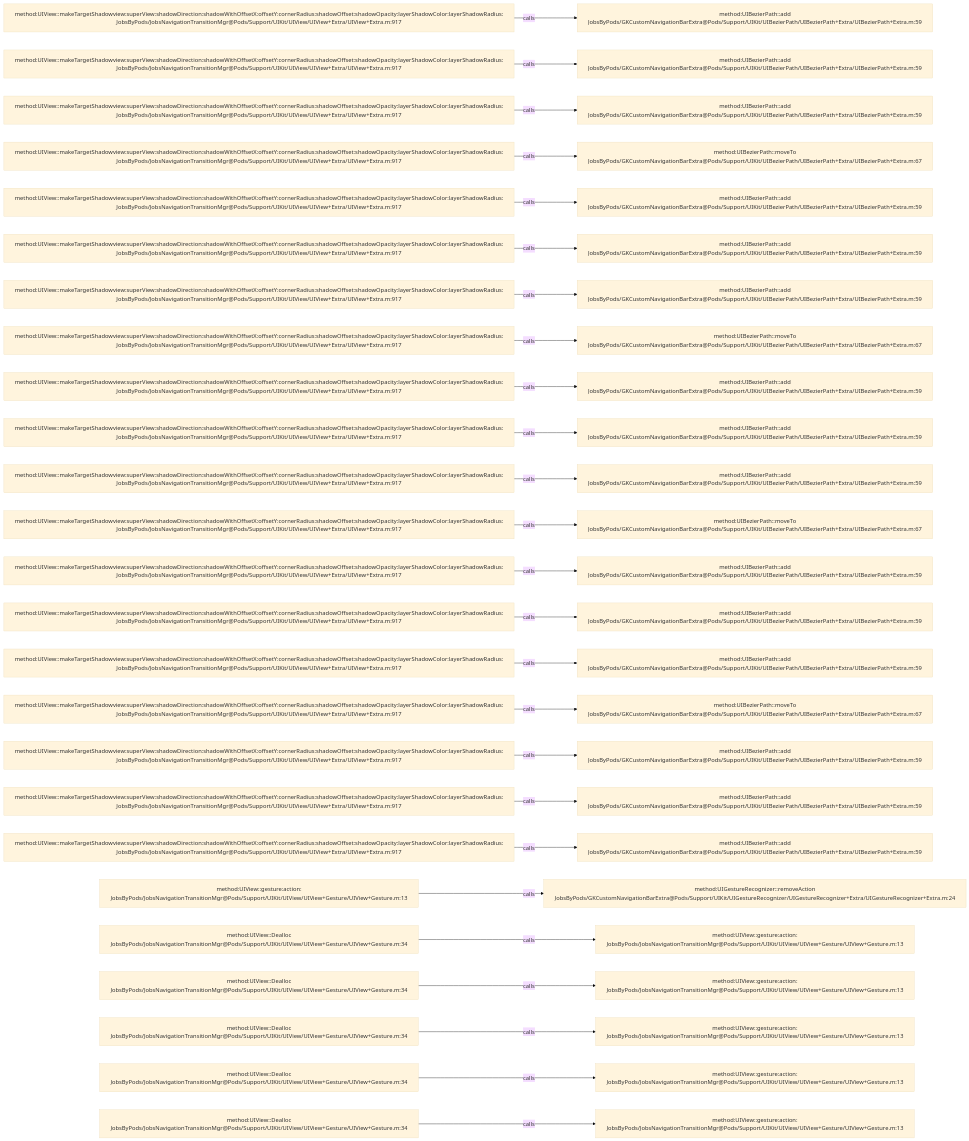
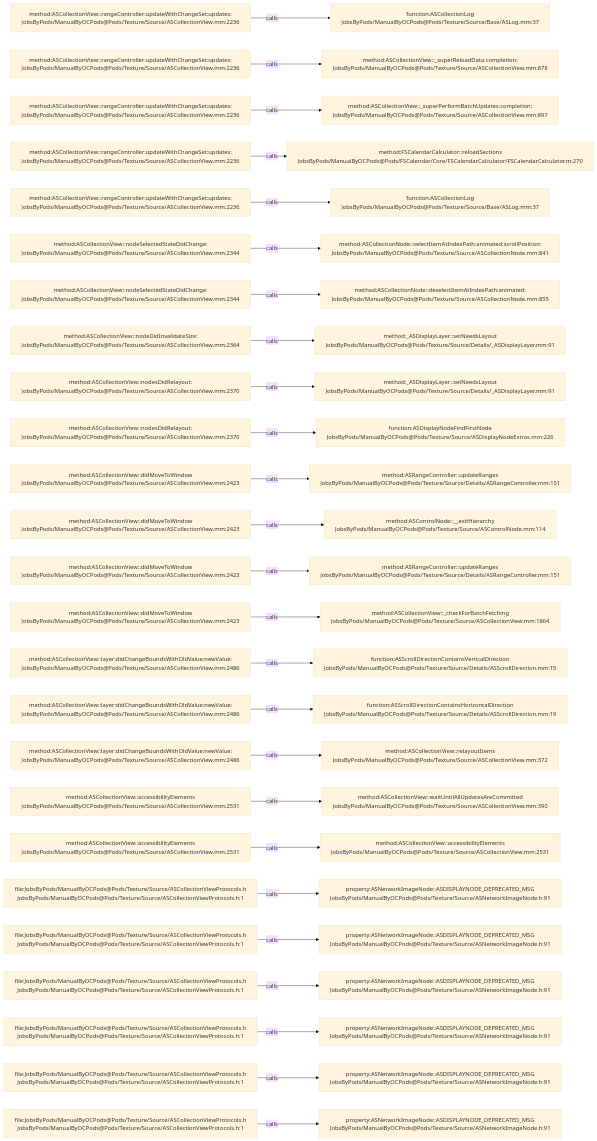
The diagram in .codegraph/codegraph.md/graphs/calls-092.md (JobsKits/JobsOCBaseConfigDemo), drawn with Mermaid (base theme) before and after one commit. The commit also changed 2162 other files, not shown here.

````diff
--- a/.codegraph/codegraph.md/graphs/calls-092.md
+++ b/.codegraph/codegraph.md/graphs/calls-092.md
@@ -13,78 +13,78 @@
 ```mermaid
 flowchart LR
-  S1["method:UIView::makeTargetShadowview:superView:shadowDirection:shadowWithOffsetX:offsetY:cornerRadius:shadowOffset:shadowOpacity:layerShadowColor:layerShadowRadius:<br/>JobsByPods/JobsNavigationTransitionMgr@Pods/Support/UIKit/UIView/UIView+Extra/UIView+Extra.m:917"]
-  T1["method:UIBezierPath::add<br/>JobsByPods/GKCustomNavigationBarExtra@Pods/Support/UIKit/UIBezierPath/UIBezierPath+Extra/UIBezierPath+Extra.m:59"]
+  S1["method:ASCollectionView::rangeController:updateWithChangeSet:updates:<br/>JobsByPods/ManualByOCPods@Pods/Texture/Source/ASCollectionView.mm:2236"]
+  T1["function:ASCollectionLog<br/>JobsByPods/ManualByOCPods@Pods/Texture/Source/Base/ASLog.mm:37"]
   S1 -->|calls| T1
-  S2["method:UIView::makeTargetShadowview:superView:shadowDirection:shadowWithOffsetX:offsetY:cornerRadius:shadowOffset:shadowOpacity:layerShadowColor:layerShadowRadius:<br/>JobsByPods/JobsNavigationTransitionMgr@Pods/Support/UIKit/UIView/UIView+Extra/UIView+Extra.m:917"]
-  T2["method:UIBezierPath::add<br/>JobsByPods/GKCustomNavigationBarExtra@Pods/Support/UIKit/UIBezierPath/UIBezierPath+Extra/UIBezierPath+Extra.m:59"]
+  S2["method:ASCollectionView::rangeController:updateWithChangeSet:updates:<br/>JobsByPods/ManualByOCPods@Pods/Texture/Source/ASCollectionView.mm:2236"]
+  T2["method:ASCollectionView::_superReloadData:completion:<br/>JobsByPods/ManualByOCPods@Pods/Texture/Source/ASCollectionView.mm:878"]
   S2 -->|calls| T2
-  S3["method:UIView::makeTargetShadowview:superView:shadowDirection:shadowWithOffsetX:offsetY:cornerRadius:shadowOffset:shadowOpacity:layerShadowColor:layerShadowRadius:<br/>JobsByPods/JobsNavigationTransitionMgr@Pods/Support/UIKit/UIView/UIView+Extra/UIView+Extra.m:917"]
-  T3["method:UIBezierPath::add<br/>JobsByPods/GKCustomNavigationBarExtra@Pods/Support/UIKit/UIBezierPath/UIBezierPath+Extra/UIBezierPath+Extra.m:59"]
+  S3["method:ASCollectionView::rangeController:updateWithChangeSet:updates:<br/>JobsByPods/ManualByOCPods@Pods/Texture/Source/ASCollectionView.mm:2236"]
+  T3["method:ASCollectionView::_superPerformBatchUpdates:completion:<br/>JobsByPods/ManualByOCPods@Pods/Texture/Source/ASCollectionView.mm:897"]
   S3 -->|calls| T3
-  S4["method:UIView::makeTargetShadowview:superView:shadowDirection:shadowWithOffsetX:offsetY:cornerRadius:shadowOffset:shadowOpacity:layerShadowColor:layerShadowRadius:<br/>JobsByPods/JobsNavigationTransitionMgr@Pods/Support/UIKit/UIView/UIView+Extra/UIView+Extra.m:917"]
-  T4["method:UIBezierPath::moveTo<br/>JobsByPods/GKCustomNavigationBarExtra@Pods/Support/UIKit/UIBezierPath/UIBezierPath+Extra/UIBezierPath+Extra.m:67"]
+  S4["method:ASCollectionView::rangeController:updateWithChangeSet:updates:<br/>JobsByPods/ManualByOCPods@Pods/Texture/Source/ASCollectionView.mm:2236"]
+  T4["method:FSCalendarCalculator::reloadSections<br/>JobsByPods/ManualByOCPods@Pods/FSCalendar/Core/FSCalendarCalculator/FSCalendarCalculator.m:270"]
   S4 -->|calls| T4
-  S5["method:UIView::makeTargetShadowview:superView:shadowDirection:shadowWithOffsetX:offsetY:cornerRadius:shadowOffset:shadowOpacity:layerShadowColor:layerShadowRadius:<br/>JobsByPods/JobsNavigationTransitionMgr@Pods/Support/UIKit/UIView/UIView+Extra/UIView+Extra.m:917"]
-  T5["method:UIBezierPath::add<br/>JobsByPods/GKCustomNavigationBarExtra@Pods/Support/UIKit/UIBezierPath/UIBezierPath+Extra/UIBezierPath+Extra.m:59"]
+  S5["method:ASCollectionView::rangeController:updateWithChangeSet:updates:<br/>JobsByPods/ManualByOCPods@Pods/Texture/Source/ASCollectionView.mm:2236"]
+  T5["function:ASCollectionLog<br/>JobsByPods/ManualByOCPods@Pods/Texture/Source/Base/ASLog.mm:37"]
   S5 -->|calls| T5
-  S6["method:UIView::makeTargetShadowview:superView:shadowDirection:shadowWithOffsetX:offsetY:cornerRadius:shadowOffset:shadowOpacity:layerShadowColor:layerShadowRadius:<br/>JobsByPods/JobsNavigationTransitionMgr@Pods/Support/UIKit/UIView/UIView+Extra/UIView+Extra.m:917"]
-  T6["method:UIBezierPath::add<br/>JobsByPods/GKCustomNavigationBarExtra@Pods/Support/UIKit/UIBezierPath/UIBezierPath+Extra/UIBezierPath+Extra.m:59"]
+  S6["method:ASCollectionView::nodeSelectedStateDidChange:<br/>JobsByPods/ManualByOCPods@Pods/Texture/Source/ASCollectionView.mm:2344"]
+  T6["method:ASCollectionNode::selectItemAtIndexPath:animated:scrollPosition:<br/>JobsByPods/ManualByOCPods@Pods/Texture/Source/ASCollectionNode.mm:841"]
   S6 -->|calls| T6
-  S7["method:UIView::makeTargetShadowview:superView:shadowDirection:shadowWithOffsetX:offsetY:cornerRadius:shadowOffset:shadowOpacity:layerShadowColor:layerShadowRadius:<br/>JobsByPods/JobsNavigationTransitionMgr@Pods/Support/UIKit/UIView/UIView+Extra/UIView+Extra.m:917"]
-  T7["method:UIBezierPath::add<br/>JobsByPods/GKCustomNavigationBarExtra@Pods/Support/UIKit/UIBezierPath/UIBezierPath+Extra/UIBezierPath+Extra.m:59"]
+  S7["method:ASCollectionView::nodeSelectedStateDidChange:<br/>JobsByPods/ManualByOCPods@Pods/Texture/Source/ASCollectionView.mm:2344"]
+  T7["method:ASCollectionNode::deselectItemAtIndexPath:animated:<br/>JobsByPods/ManualByOCPods@Pods/Texture/Source/ASCollectionNode.mm:855"]
   S7 -->|calls| T7
-  S8["method:UIView::makeTargetShadowview:superView:shadowDirection:shadowWithOffsetX:offsetY:cornerRadius:shadowOffset:shadowOpacity:layerShadowColor:layerShadowRadius:<br/>JobsByPods/JobsNavigationTransitionMgr@Pods/Support/UIKit/UIView/UIView+Extra/UIView+Extra.m:917"]
-  T8["method:UIBezierPath::moveTo<br/>JobsByPods/GKCustomNavigationBarExtra@Pods/Support/UIKit/UIBezierPath/UIBezierPath+Extra/UIBezierPath+Extra.m:67"]
+  S8["method:ASCollectionView::nodeDidInvalidateSize:<br/>JobsByPods/ManualByOCPods@Pods/Texture/Source/ASCollectionView.mm:2364"]
+  T8["method:_ASDisplayLayer::setNeedsLayout<br/>JobsByPods/ManualByOCPods@Pods/Texture/Source/Details/_ASDisplayLayer.mm:91"]
   S8 -->|calls| T8
-  S9["method:UIView::makeTargetShadowview:superView:shadowDirection:shadowWithOffsetX:offsetY:cornerRadius:shadowOffset:shadowOpacity:layerShadowColor:layerShadowRadius:<br/>JobsByPods/JobsNavigationTransitionMgr@Pods/Support/UIKit/UIView/UIView+Extra/UIView+Extra.m:917"]
-  T9["method:UIBezierPath::add<br/>JobsByPods/GKCustomNavigationBarExtra@Pods/Support/UIKit/UIBezierPath/UIBezierPath+Extra/UIBezierPath+Extra.m:59"]
+  S9["method:ASCollectionView::nodesDidRelayout:<br/>JobsByPods/ManualByOCPods@Pods/Texture/Source/ASCollectionView.mm:2370"]
+  T9["method:_ASDisplayLayer::setNeedsLayout<br/>JobsByPods/ManualByOCPods@Pods/Texture/Source/Details/_ASDisplayLayer.mm:91"]
   S9 -->|calls| T9
-  S10["method:UIView::makeTargetShadowview:superView:shadowDirection:shadowWithOffsetX:offsetY:cornerRadius:shadowOffset:shadowOpacity:layerShadowColor:layerShadowRadius:<br/>JobsByPods/JobsNavigationTransitionMgr@Pods/Support/UIKit/UIView/UIView+Extra/UIView+Extra.m:917"]
-  T10["method:UIBezierPath::add<br/>JobsByPods/GKCustomNavigationBarExtra@Pods/Support/UIKit/UIBezierPath/UIBezierPath+Extra/UIBezierPath+Extra.m:59"]
+  S10["method:ASCollectionView::nodesDidRelayout:<br/>JobsByPods/ManualByOCPods@Pods/Texture/Source/ASCollectionView.mm:2370"]
+  T10["function:ASDisplayNodeFindFirstNode<br/>JobsByPods/ManualByOCPods@Pods/Texture/Source/ASDisplayNodeExtras.mm:226"]
   S10 -->|calls| T10
-  S11["method:UIView::makeTargetShadowview:superView:shadowDirection:shadowWithOffsetX:offsetY:cornerRadius:shadowOffset:shadowOpacity:layerShadowColor:layerShadowRadius:<br/>JobsByPods/JobsNavigationTransitionMgr@Pods/Support/UIKit/UIView/UIView+Extra/UIView+Extra.m:917"]
-  T11["method:UIBezierPath::add<br/>JobsByPods/GKCustomNavigationBarExtra@Pods/Support/UIKit/UIBezierPath/UIBezierPath+Extra/UIBezierPath+Extra.m:59"]
+  S11["method:ASCollectionView::didMoveToWindow<br/>JobsByPods/ManualByOCPods@Pods/Texture/Source/ASCollectionView.mm:2423"]
+  T11["method:ASRangeController::updateRanges<br/>JobsByPods/ManualByOCPods@Pods/Texture/Source/Details/ASRangeController.mm:151"]
   S11 -->|calls| T11
-  S12["method:UIView::makeTargetShadowview:superView:shadowDirection:shadowWithOffsetX:offsetY:cornerRadius:shadowOffset:shadowOpacity:layerShadowColor:layerShadowRadius:<br/>JobsByPods/JobsNavigationTransitionMgr@Pods/Support/UIKit/UIView/UIView+Extra/UIView+Extra.m:917"]
-  T12["method:UIBezierPath::moveTo<br/>JobsByPods/GKCustomNavigationBarExtra@Pods/Support/UIKit/UIBezierPath/UIBezierPath+Extra/UIBezierPath+Extra.m:67"]
+  S12["method:ASCollectionView::didMoveToWindow<br/>JobsByPods/ManualByOCPods@Pods/Texture/Source/ASCollectionView.mm:2423"]
+  T12["method:ASControlNode::__exitHierarchy<br/>JobsByPods/ManualByOCPods@Pods/Texture/Source/ASControlNode.mm:114"]
   S12 -->|calls| T12
-  S13["method:UIView::makeTargetShadowview:superView:shadowDirection:shadowWithOffsetX:offsetY:cornerRadius:shadowOffset:shadowOpacity:layerShadowColor:layerShadowRadius:<br/>JobsByPods/JobsNavigationTransitionMgr@Pods/Support/UIKit/UIView/UIView+Extra/UIView+Extra.m:917"]
-  T13["method:UIBezierPath::add<br/>JobsByPods/GKCustomNavigationBarExtra@Pods/Support/UIKit/UIBezierPath/UIBezierPath+Extra/UIBezierPath+Extra.m:59"]
+  S13["method:ASCollectionView::didMoveToWindow<br/>JobsByPods/ManualByOCPods@Pods/Texture/Source/ASCollectionView.mm:2423"]
+  T13["method:ASRangeController::updateRanges<br/>JobsByPods/ManualByOCPods@Pods/Texture/Source/Details/ASRangeController.mm:151"]
   S13 -->|calls| T13
-  S14["method:UIView::makeTargetShadowview:superView:shadowDirection:shadowWithOffsetX:offsetY:cornerRadius:shadowOffset:shadowOpacity:layerShadowColor:layerShadowRadius:<br/>JobsByPods/JobsNavigationTransitionMgr@Pods/Support/UIKit/UIView/UIView+Extra/UIView+Extra.m:917"]
-  T14["method:UIBezierPath::add<br/>JobsByPods/GKCustomNavigationBarExtra@Pods/Support/UIKit/UIBezierPath/UIBezierPath+Extra/UIBezierPath+Extra.m:59"]
+  S14["method:ASCollectionView::didMoveToWindow<br/>JobsByPods/ManualByOCPods@Pods/Texture/Source/ASCollectionView.mm:2423"]
+  T14["method:ASCollectionView::_checkForBatchFetching<br/>JobsByPods/ManualByOCPods@Pods/Texture/Source/ASCollectionView.mm:1864"]
   S14 -->|calls| T14
-  S15["method:UIView::makeTargetShadowview:superView:shadowDirection:shadowWithOffsetX:offsetY:cornerRadius:shadowOffset:shadowOpacity:layerShadowColor:layerShadowRadius:<br/>JobsByPods/JobsNavigationTransitionMgr@Pods/Support/UIKit/UIView/UIView+Extra/UIView+Extra.m:917"]
-  T15["method:UIBezierPath::add<br/>JobsByPods/GKCustomNavigationBarExtra@Pods/Support/UIKit/UIBezierPath/UIBezierPath+Extra/UIBezierPath+Extra.m:59"]
+  S15["method:ASCollectionView::layer:didChangeBoundsWithOldValue:newValue:<br/>JobsByPods/ManualByOCPods@Pods/Texture/Source/ASCollectionView.mm:2486"]
+  T15["function:ASScrollDirectionContainsVerticalDirection<br/>JobsByPods/ManualByOCPods@Pods/Texture/Source/Details/ASScrollDirection.mm:15"]
   S15 -->|calls| T15
-  S16["method:UIView::makeTargetShadowview:superView:shadowDirection:shadowWithOffsetX:offsetY:cornerRadius:shadowOffset:shadowOpacity:layerShadowColor:layerShadowRadius:<br/>JobsByPods/JobsNavigationTransitionMgr@Pods/Support/UIKit/UIView/UIView+Extra/UIView+Extra.m:917"]
-  T16["method:UIBezierPath::moveTo<br/>JobsByPods/GKCustomNavigationBarExtra@Pods/Support/UIKit/UIBezierPath/UIBezierPath+Extra/UIBezierPath+Extra.m:67"]
+  S16["method:ASCollectionView::layer:didChangeBoundsWithOldValue:newValue:<br/>JobsByPods/ManualByOCPods@Pods/Texture/Source/ASCollectionView.mm:2486"]
+  T16["function:ASScrollDirectionContainsHorizontalDirection<br/>JobsByPods/ManualByOCPods@Pods/Texture/Source/Details/ASScrollDirection.mm:19"]
   S16 -->|calls| T16
-  S17["method:UIView::makeTargetShadowview:superView:shadowDirection:shadowWithOffsetX:offsetY:cornerRadius:shadowOffset:shadowOpacity:layerShadowColor:layerShadowRadius:<br/>JobsByPods/JobsNavigationTransitionMgr@Pods/Support/UIKit/UIView/UIView+Extra/UIView+Extra.m:917"]
-  T17["method:UIBezierPath::add<br/>JobsByPods/GKCustomNavigationBarExtra@Pods/Support/UIKit/UIBezierPath/UIBezierPath+Extra/UIBezierPath+Extra.m:59"]
+  S17["method:ASCollectionView::layer:didChangeBoundsWithOldValue:newValue:<br/>JobsByPods/ManualByOCPods@Pods/Texture/Source/ASCollectionView.mm:2486"]
+  T17["method:ASCollectionView::relayoutItems<br/>JobsByPods/ManualByOCPods@Pods/Texture/Source/ASCollectionView.mm:372"]
   S17 -->|calls| T17
-  S18["method:UIView::makeTargetShadowview:superView:shadowDirection:shadowWithOffsetX:offsetY:cornerRadius:shadowOffset:shadowOpacity:layerShadowColor:layerShadowRadius:<br/>JobsByPods/JobsNavigationTransitionMgr@Pods/Support/UIKit/UIView/UIView+Extra/UIView+Extra.m:917"]
-  T18["method:UIBezierPath::add<br/>JobsByPods/GKCustomNavigationBarExtra@Pods/Support/UIKit/UIBezierPath/UIBezierPath+Extra/UIBezierPath+Extra.m:59"]
+  S18["method:ASCollectionView::accessibilityElements<br/>JobsByPods/ManualByOCPods@Pods/Texture/Source/ASCollectionView.mm:2531"]
+  T18["method:ASCollectionView::waitUntilAllUpdatesAreCommitted<br/>JobsByPods/ManualByOCPods@Pods/Texture/Source/ASCollectionView.mm:390"]
   S18 -->|calls| T18
-  S19["method:UIView::makeTargetShadowview:superView:shadowDirection:shadowWithOffsetX:offsetY:cornerRadius:shadowOffset:shadowOpacity:layerShadowColor:layerShadowRadius:<br/>JobsByPods/JobsNavigationTransitionMgr@Pods/Support/UIKit/UIView/UIView+Extra/UIView+Extra.m:917"]
-  T19["method:UIBezierPath::add<br/>JobsByPods/GKCustomNavigationBarExtra@Pods/Support/UIKit/UIBezierPath/UIBezierPath+Extra/UIBezierPath+Extra.m:59"]
+  S19["method:ASCollectionView::accessibilityElements<br/>JobsByPods/ManualByOCPods@Pods/Texture/Source/ASCollectionView.mm:2531"]
+  T19["method:ASCollectionView::accessibilityElements<br/>JobsByPods/ManualByOCPods@Pods/Texture/Source/ASCollectionView.mm:2531"]
   S19 -->|calls| T19
-  S20["method:UIView::gesture:action:<br/>JobsByPods/JobsNavigationTransitionMgr@Pods/Support/UIKit/UIView/UIView+Gesture/UIView+Gesture.m:13"]
-  T20["method:UIGestureRecognizer::removeAction<br/>JobsByPods/GKCustomNavigationBarExtra@Pods/Support/UIKit/UIGestureRecognizer/UIGestureRecognizer+Extra/UIGestureRecognizer+Extra.m:24"]
+  S20["file:JobsByPods/ManualByOCPods@Pods/Texture/Source/ASCollectionViewProtocols.h<br/>JobsByPods/ManualByOCPods@Pods/Texture/Source/ASCollectionViewProtocols.h:1"]
+  T20["property:ASNetworkImageNode::ASDISPLAYNODE_DEPRECATED_MSG<br/>JobsByPods/ManualByOCPods@Pods/Texture/Source/ASNetworkImageNode.h:91"]
   S20 -->|calls| T20
-  S21["method:UIView::Dealloc<br/>JobsByPods/JobsNavigationTransitionMgr@Pods/Support/UIKit/UIView/UIView+Gesture/UIView+Gesture.m:34"]
-  T21["method:UIView::gesture:action:<br/>JobsByPods/JobsNavigationTransitionMgr@Pods/Support/UIKit/UIView/UIView+Gesture/UIView+Gesture.m:13"]
+  S21["file:JobsByPods/ManualByOCPods@Pods/Texture/Source/ASCollectionViewProtocols.h<br/>JobsByPods/ManualByOCPods@Pods/Texture/Source/ASCollectionViewProtocols.h:1"]
+  T21["property:ASNetworkImageNode::ASDISPLAYNODE_DEPRECATED_MSG<br/>JobsByPods/ManualByOCPods@Pods/Texture/Source/ASNetworkImageNode.h:91"]
   S21 -->|calls| T21
-  S22["method:UIView::Dealloc<br/>JobsByPods/JobsNavigationTransitionMgr@Pods/Support/UIKit/UIView/UIView+Gesture/UIView+Gesture.m:34"]
-  T22["method:UIView::gesture:action:<br/>JobsByPods/JobsNavigationTransitionMgr@Pods/Support/UIKit/UIView/UIView+Gesture/UIView+Gesture.m:13"]
+  S22["file:JobsByPods/ManualByOCPods@Pods/Texture/Source/ASCollectionViewProtocols.h<br/>JobsByPods/ManualByOCPods@Pods/Texture/Source/ASCollectionViewProtocols.h:1"]
+  T22["property:ASNetworkImageNode::ASDISPLAYNODE_DEPRECATED_MSG<br/>JobsByPods/ManualByOCPods@Pods/Texture/Source/ASNetworkImageNode.h:91"]
   S22 -->|calls| T22
-  S23["method:UIView::Dealloc<br/>JobsByPods/JobsNavigationTransitionMgr@Pods/Support/UIKit/UIView/UIView+Gesture/UIView+Gesture.m:34"]
-  T23["method:UIView::gesture:action:<br/>JobsByPods/JobsNavigationTransitionMgr@Pods/Support/UIKit/UIView/UIView+Gesture/UIView+Gesture.m:13"]
+  S23["file:JobsByPods/ManualByOCPods@Pods/Texture/Source/ASCollectionViewProtocols.h<br/>JobsByPods/ManualByOCPods@Pods/Texture/Source/ASCollectionViewProtocols.h:1"]
+  T23["property:ASNetworkImageNode::ASDISPLAYNODE_DEPRECATED_MSG<br/>JobsByPods/ManualByOCPods@Pods/Texture/Source/ASNetworkImageNode.h:91"]
   S23 -->|calls| T23
-  S24["method:UIView::Dealloc<br/>JobsByPods/JobsNavigationTransitionMgr@Pods/Support/UIKit/UIView/UIView+Gesture/UIView+Gesture.m:34"]
-  T24["method:UIView::gesture:action:<br/>JobsByPods/JobsNavigationTransitionMgr@Pods/Support/UIKit/UIView/UIView+Gesture/UIView+Gesture.m:13"]
+  S24["file:JobsByPods/ManualByOCPods@Pods/Texture/Source/ASCollectionViewProtocols.h<br/>JobsByPods/ManualByOCPods@Pods/Texture/Source/ASCollectionViewProtocols.h:1"]
+  T24["property:ASNetworkImageNode::ASDISPLAYNODE_DEPRECATED_MSG<br/>JobsByPods/ManualByOCPods@Pods/Texture/Source/ASNetworkImageNode.h:91"]
   S24 -->|calls| T24
-  S25["method:UIView::Dealloc<br/>JobsByPods/JobsNavigationTransitionMgr@Pods/Support/UIKit/UIView/UIView+Gesture/UIView+Gesture.m:34"]
-  T25["method:UIView::gesture:action:<br/>JobsByPods/JobsNavigationTransitionMgr@Pods/Support/UIKit/UIView/UIView+Gesture/UIView+Gesture.m:13"]
+  S25["file:JobsByPods/ManualByOCPods@Pods/Texture/Source/ASCollectionViewProtocols.h<br/>JobsByPods/ManualByOCPods@Pods/Texture/Source/ASCollectionViewProtocols.h:1"]
+  T25["property:ASNetworkImageNode::ASDISPLAYNODE_DEPRECATED_MSG<br/>JobsByPods/ManualByOCPods@Pods/Texture/Source/ASNetworkImageNode.h:91"]
   S25 -->|calls| T25
 ```
````
